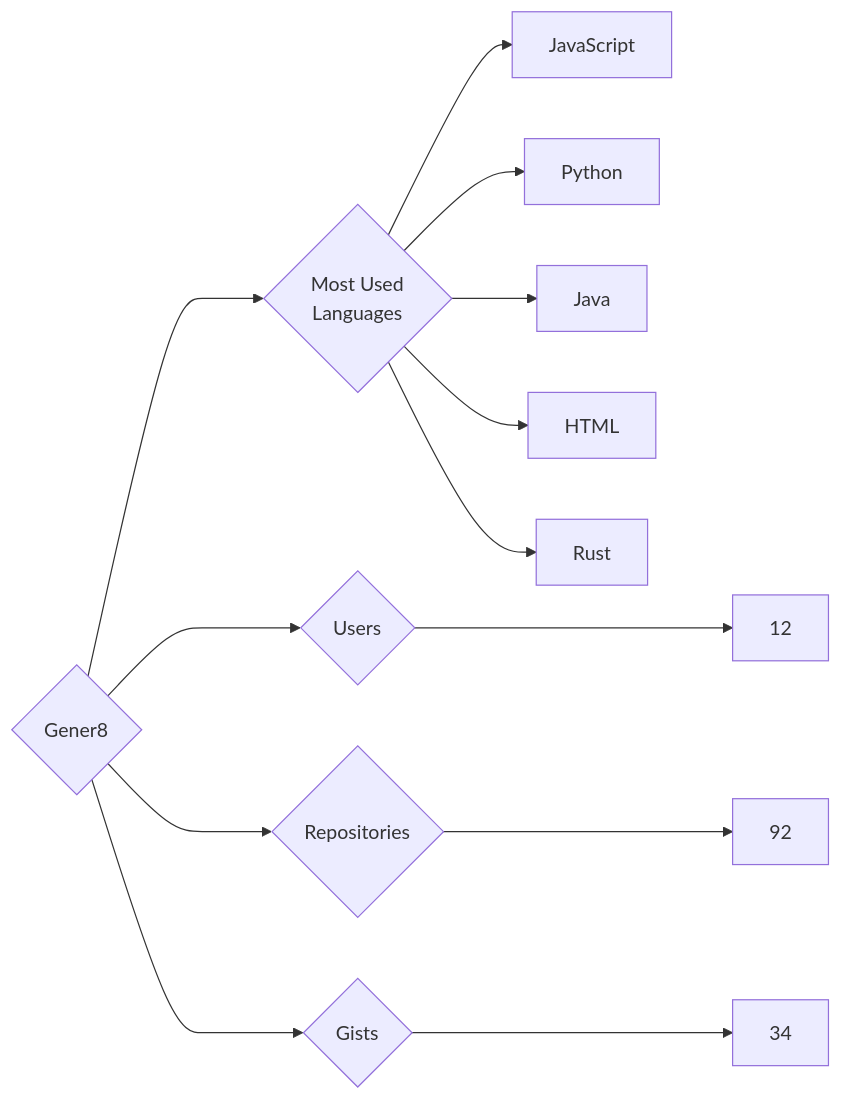
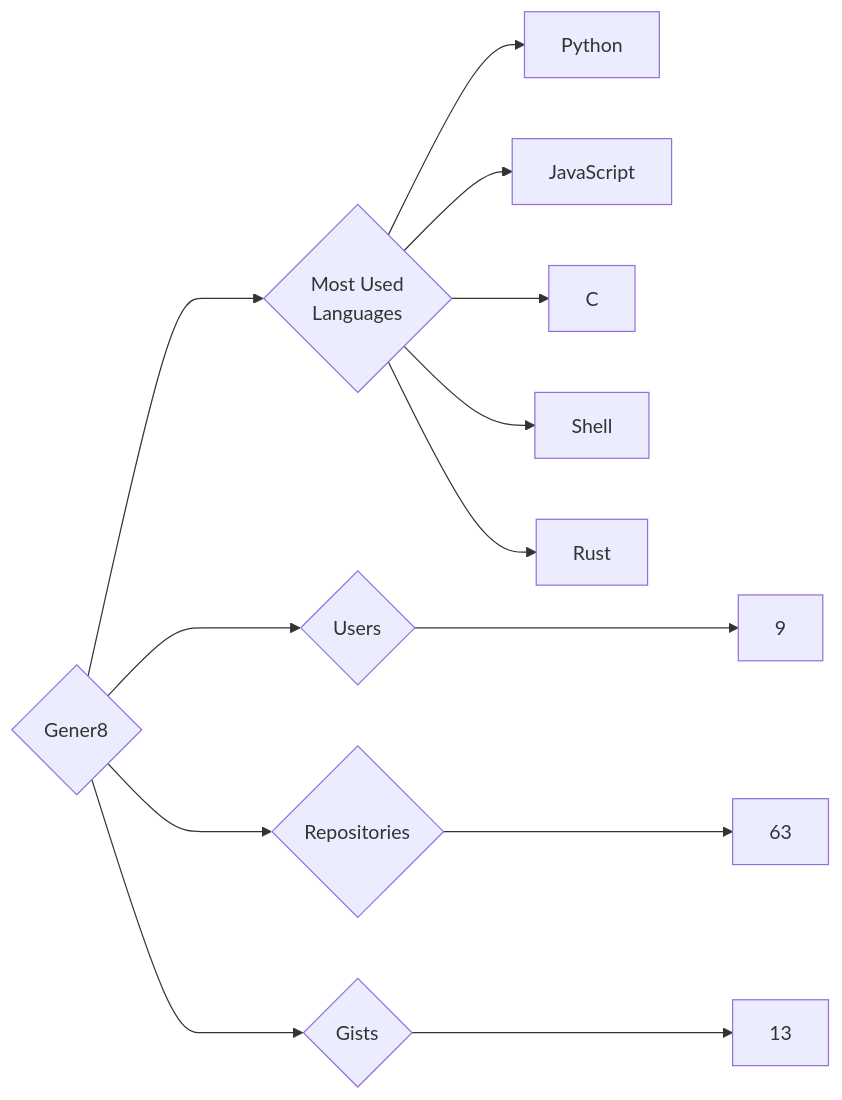
One commit to trickest/insiders changed the diagram in targets/Gener8/README.md. Above: the diagram before and after it, drawn with Mermaid. The commit also changed 721 other files, not shown here.

````diff
--- a/targets/Gener8/README.md
+++ b/targets/Gener8/README.md
@@ -3,13 +3,13 @@
 ```mermaid
 graph LR
 COMPANY_NAME{Gener8}
-COMPANY_NAME ---> U{Users} ---> UN[12]
-COMPANY_NAME ---> R{Repositories} ---> RN[92]
-COMPANY_NAME ---> G{Gists} ---> GN[34]
+COMPANY_NAME ---> U{Users} ---> UN[9]
+COMPANY_NAME ---> R{Repositories} ---> RN[63]
+COMPANY_NAME ---> G{Gists} ---> GN[13]
 COMPANY_NAME ---> ML{Most Used<br>Languages}
+ML --> Python[Python]
 ML --> JavaScript[JavaScript]
-ML --> Python[Python]
-ML --> Java[Java]
-ML --> HTML[HTML]
+ML --> C[C]
+ML --> Shell[Shell]
 ML --> Rust[Rust]
 ```
````
